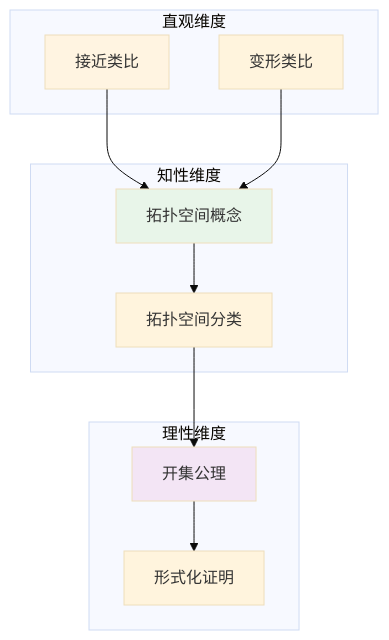
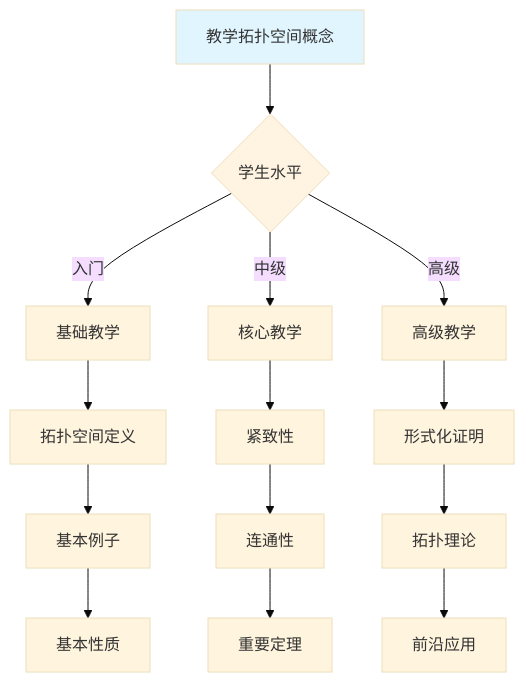
The tenth of 10 diagrams in concept/核心概念/23-拓扑空间.md (AdaMartin18010/FormalMath), drawn with Mermaid (base theme) before and after one commit. The commit also changed other lines of this file and 4793 other files, not shown here.

````diff
--- a/concept/核心概念/23-拓扑空间.md
+++ b/concept/核心概念/23-拓扑空间.md
@@ -737,27 +2450,22 @@
 ```mermaid
-graph TB
-    subgraph 直观维度
-        A1[接近类比]
-        A2[变形类比]
-    end
+graph TD
+    A[教学拓扑空间概念] --> B{学生水平}
+    B -->|入门| C[基础教学]
+    B -->|中级| D[核心教学]
+    B -->|高级| E[高级教学]
 
-    subgraph 知性维度
-        B1[拓扑空间概念]
-        B2[拓扑空间分类]
-    end
+    C --> C1[拓扑空间定义]
+    C1 --> C2[基本例子]
+    C2 --> C3[基本性质]
 
-    subgraph 理性维度
-        C1[开集公理]
-        C2[形式化证明]
-    end
+    D --> D1[紧致性]
+    D1 --> D2[连通性]
+    D2 --> D3[重要定理]
 
-    A1 --> B1
-    A2 --> B1
-    B1 --> B2
-    B2 --> C1
-    C1 --> C2
+    E --> E1[形式化证明]
+    E1 --> E2[拓扑理论]
+    E2 --> E3[前沿应用]
 
-    style A1 fill:#fff4e1
-    style B1 fill:#e8f5e9
-    style C1 fill:#f3e5f5
+    style A fill:#e1f5ff
+    style B fill:#fff4e1
 ```
````
